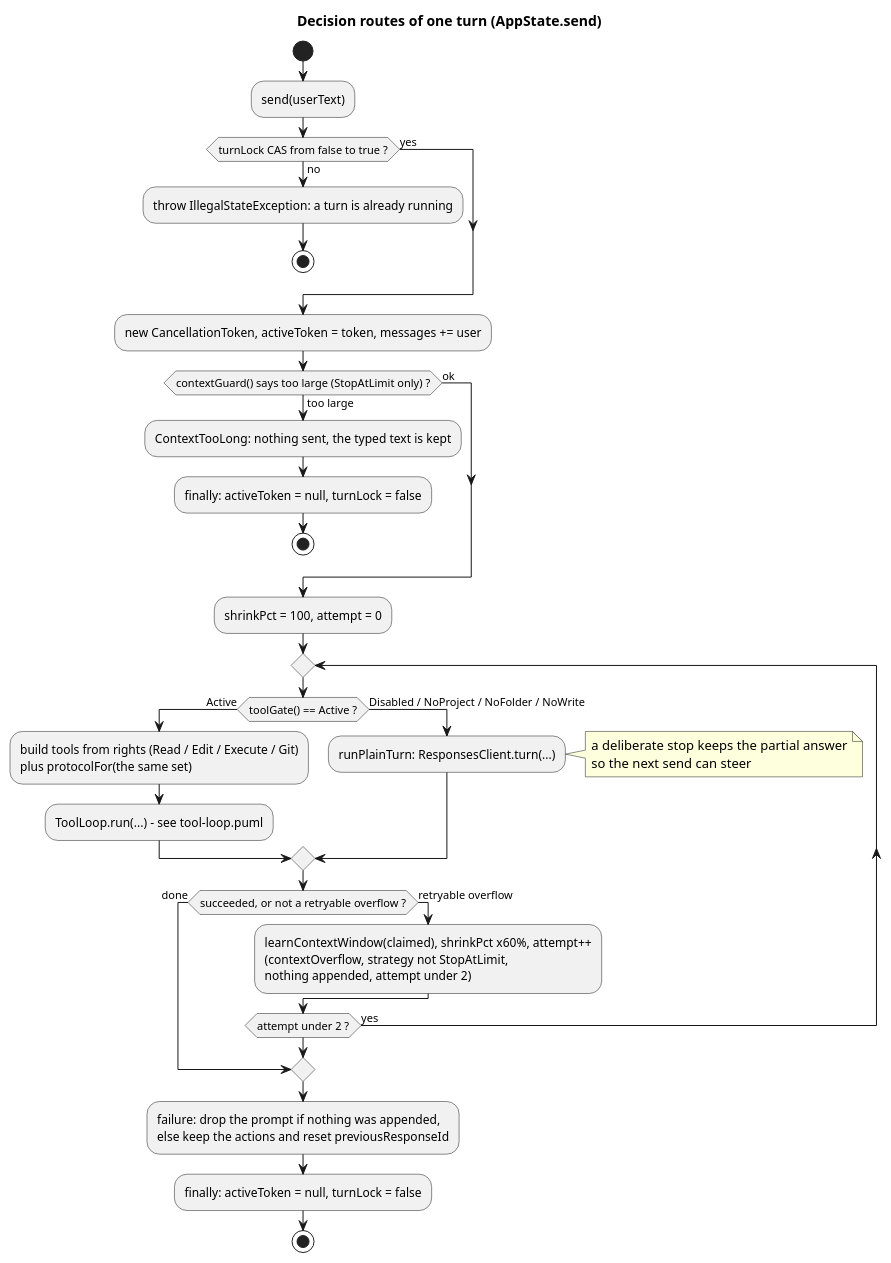
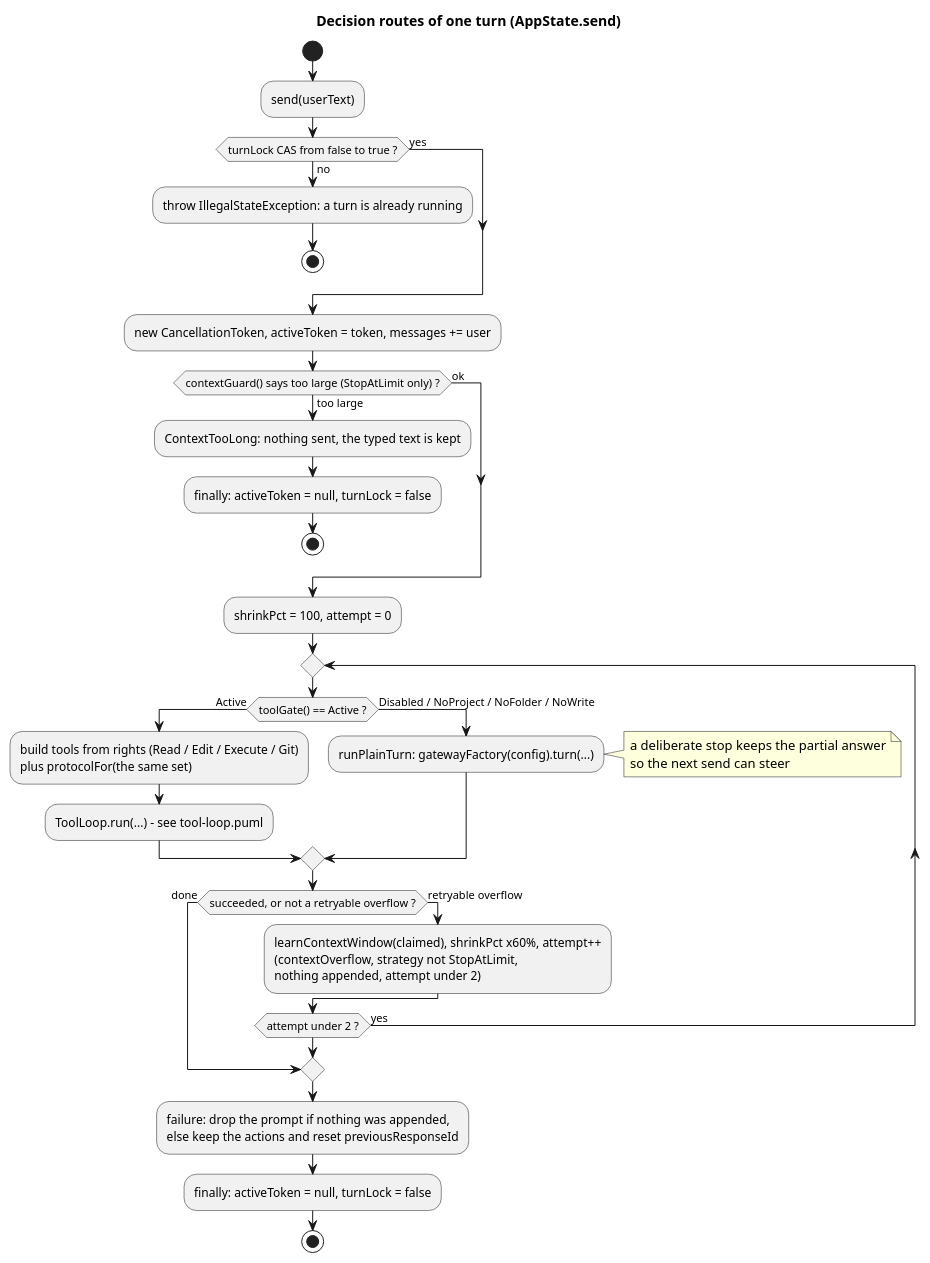
One commit to jbrugman/Baudet changed the diagram in Docs/turn-decision.puml. Above: the diagram before and after it, drawn with PlantUML.

Commit message:
Route the turn-decision diagram through the gateway, not ResponsesClient
runPlainTurn now shows the injectable gatewayFactory call, matching the ModelGateway seam that components.puml already depicts; the tool branch was already phrased as ToolLoop.run.

```diff
--- a/Docs/turn-decision.puml
+++ b/Docs/turn-decision.puml
@@ -1,36 +1,36 @@
 @startuml turn-decision
 title Decision routes of one turn (AppState.send)
 skinparam shadowing false
 start
 :send(userText);
 if (turnLock CAS from false to true ?) then (no)
   :throw IllegalStateException: a turn is already running;
   stop
 else (yes)
 endif
 :new CancellationToken, activeToken = token, messages += user;
 if (contextGuard() says too large (StopAtLimit only) ?) then (too large)
   :ContextTooLong: nothing sent, the typed text is kept;
   :finally: activeToken = null, turnLock = false;
   stop
 else (ok)
 endif
 :shrinkPct = 100, attempt = 0;
 repeat
   if (toolGate() == Active ?) then (Active)
     :build tools from rights (Read / Edit / Execute / Git)\nplus protocolFor(the same set);
     :ToolLoop.run(...) - see tool-loop.puml;
   else (Disabled / NoProject / NoFolder / NoWrite)
-    :runPlainTurn: ResponsesClient.turn(...);
+    :runPlainTurn: gatewayFactory(config).turn(...);
     note right: a deliberate stop keeps the partial answer\nso the next send can steer
   endif
   if (succeeded, or not a retryable overflow ?) then (done)
     break
   else (retryable overflow)
     :learnContextWindow(claimed), shrinkPct x60%, attempt++\n(contextOverflow, strategy not StopAtLimit,\nnothing appended, attempt under 2);
   endif
 repeat while (attempt under 2 ?) is (yes)
 :failure: drop the prompt if nothing was appended,\nelse keep the actions and reset previousResponseId;
 :finally: activeToken = null, turnLock = false;
 stop
 @enduml
```
